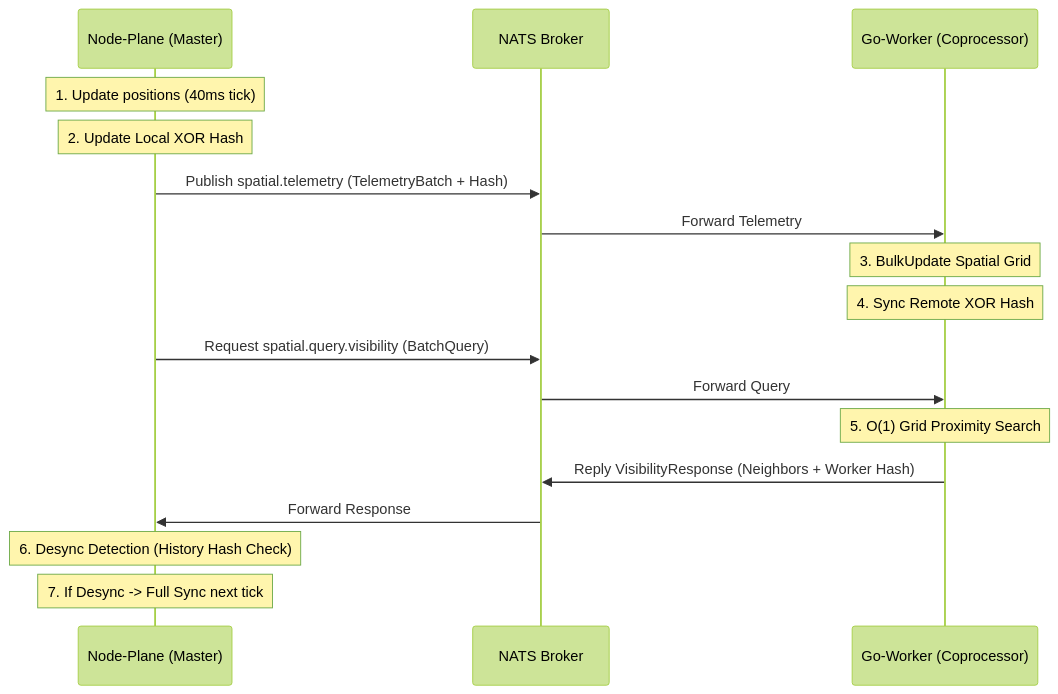
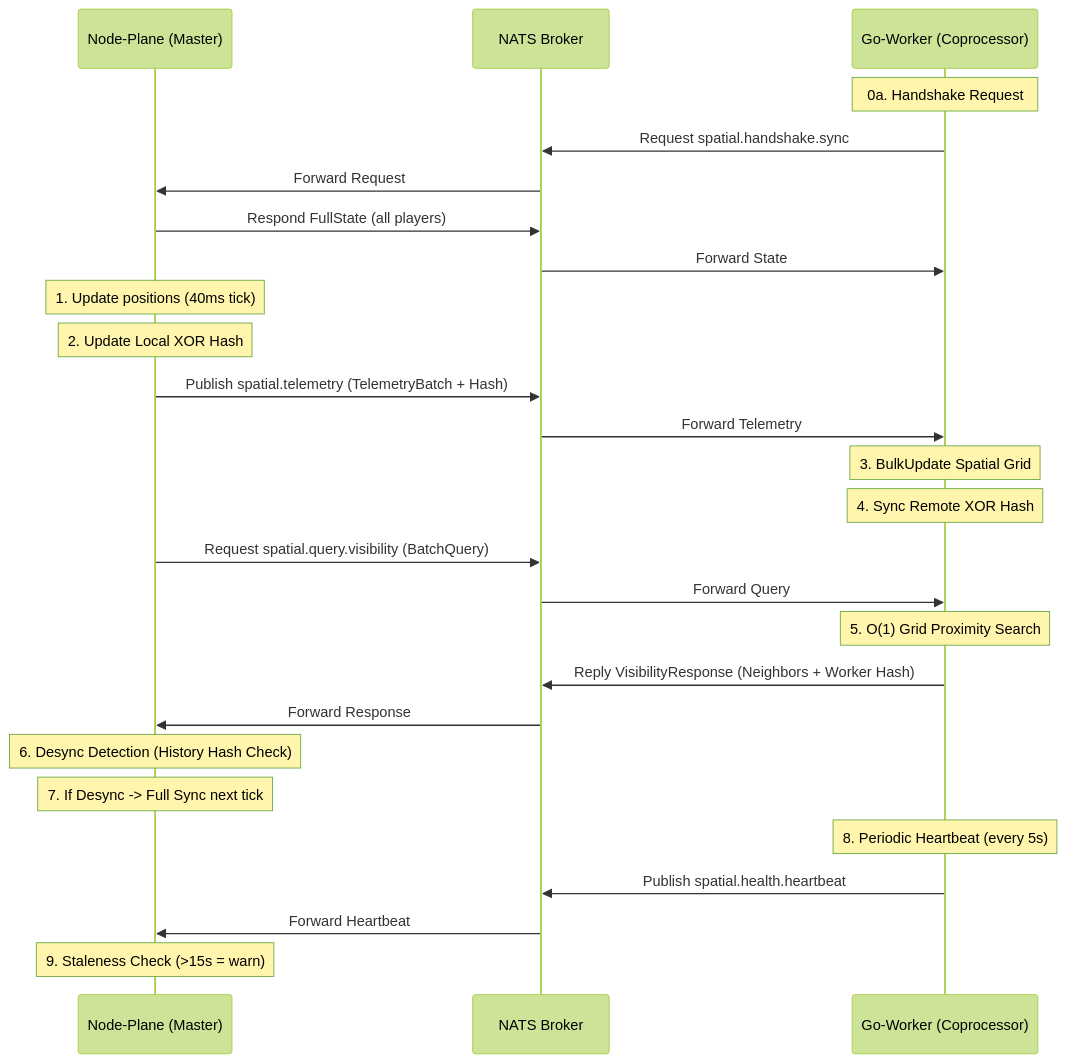
The diagram in README.md (xvantz/spatial), drawn with Mermaid (forest theme) before and after one commit. The commit also changed other lines of this file, not shown here.

Commit message:
README: add handshake/heartbeat/shutdown docs, update benchmarks, Phase 8

````diff
--- a/README.md
+++ b/README.md
@@ -18,25 +18,37 @@
 ```mermaid
 sequenceDiagram
     participant NP as Node-Plane (Master)
     participant NATS as NATS Broker
     participant GW as Go-Worker (Coprocessor)
+
+    Note over GW: 0a. Handshake Request
+    GW->>NATS: Request spatial.handshake.sync
+    NATS->>NP: Forward Request
+    NP->>NATS: Respond FullState (all players)
+    NATS->>GW: Forward State
 
     Note over NP: 1. Update positions (40ms tick)
     Note over NP: 2. Update Local XOR Hash
     
     NP->>NATS: Publish spatial.telemetry (TelemetryBatch + Hash)
     NATS->>GW: Forward Telemetry
     
     Note over GW: 3. BulkUpdate Spatial Grid
     Note over GW: 4. Sync Remote XOR Hash
 
     NP->>NATS: Request spatial.query.visibility (BatchQuery)
     NATS->>GW: Forward Query
     
     Note over GW: 5. O(1) Grid Proximity Search
     GW->>NATS: Reply VisibilityResponse (Neighbors + Worker Hash)
     NATS->>NP: Forward Response
 
     Note over NP: 6. Desync Detection (History Hash Check)
     Note over NP: 7. If Desync -> Full Sync next tick
+
+    Note over GW: 8. Periodic Heartbeat (every 5s)
+    GW->>NATS: Publish spatial.health.heartbeat
+    NATS->>NP: Forward Heartbeat
+
+    Note over NP: 9. Staleness Check (>15s = warn)
 ```
````
